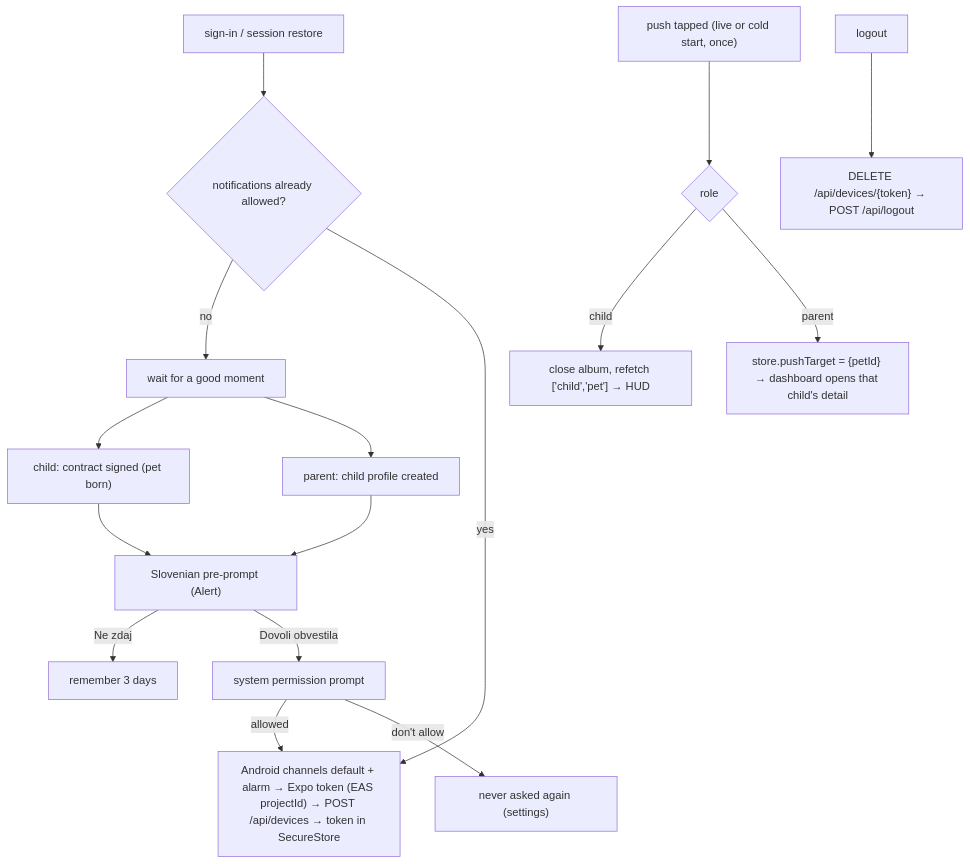
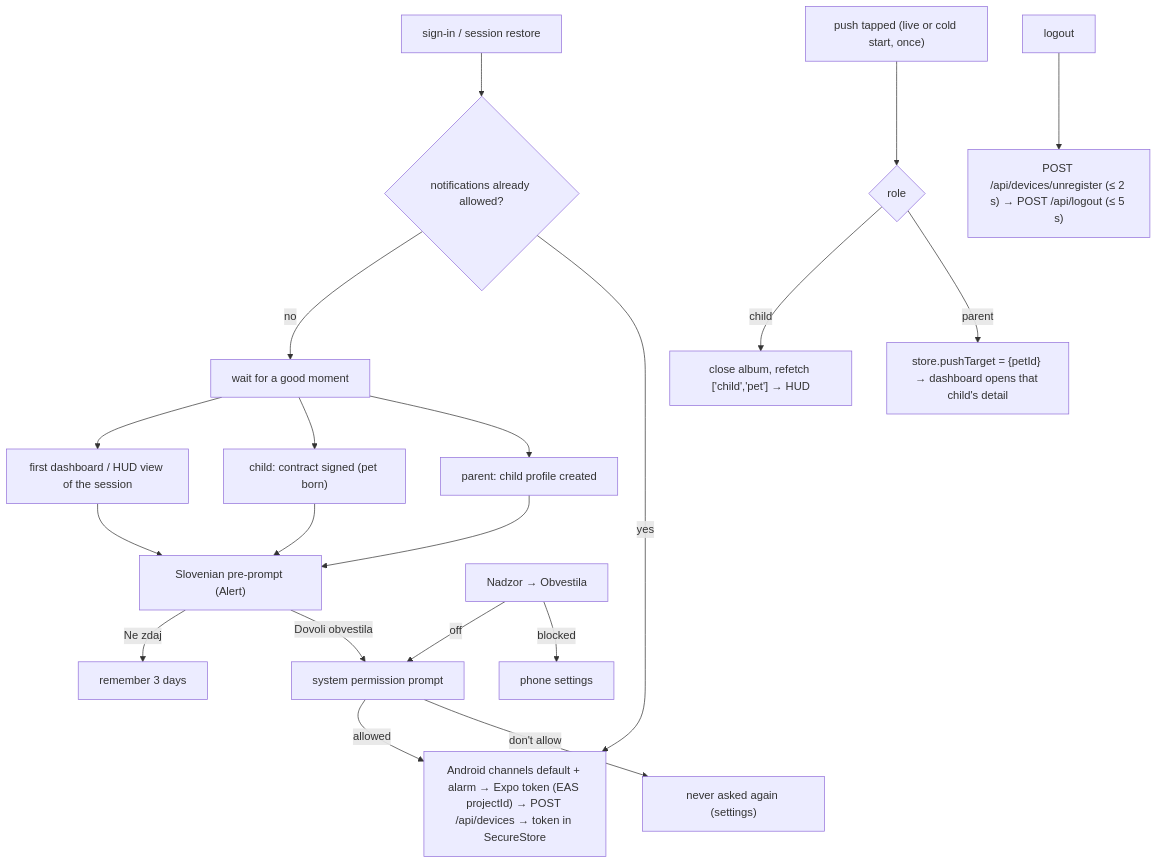
Diagram 31 of 31 in docs/engineering/DIAGRAMS.md (DataVallis/pet-prep), drawn with Mermaid before and after one commit. The commit also changed other lines of this file and 40 other files, not shown here.

````diff
--- a/docs/engineering/DIAGRAMS.md
+++ b/docs/engineering/DIAGRAMS.md
@@ -989,18 +995,22 @@
 ```mermaid
 flowchart TD
   SI["sign-in / session restore"] --> AL{"notifications already allowed?"}
   AL -- no --> W["wait for a good moment"]
   AL -- yes --> REG["Android channels default + alarm → Expo token (EAS projectId) → POST /api/devices → token in SecureStore"]
+  W --> C0["first dashboard / HUD view of the session"]
+  C0 --> PP
   W --> C1["child: contract signed (pet born)"]
   W --> C2["parent: child profile created"]
   C1 --> PP["Slovenian pre-prompt (Alert)"]
   C2 --> PP
   PP -- "Ne zdaj" --> D3["remember 3 days"]
   PP -- "Dovoli obvestila" --> SYS["system permission prompt"]
   SYS -- allowed --> REG
   SYS -- "don't allow" --> END["never asked again (settings)"]
   TAP["push tapped (live or cold start, once)"] --> RO{"role"}
   RO -- child --> HUD["close album, refetch ['child','pet'] → HUD"]
   RO -- parent --> PT["store.pushTarget = {petId} → dashboard opens that child's detail"]
-  LO["logout"] --> UN["DELETE /api/devices/{token} → POST /api/logout"]
+  NZ["Nadzor → Obvestila"] -->|"off"| SYS
+  NZ -->|"blocked"| SET["phone settings"]
+  LO["logout"] --> UN["POST /api/devices/unregister (≤ 2 s) → POST /api/logout (≤ 5 s)"]
 ```
````
